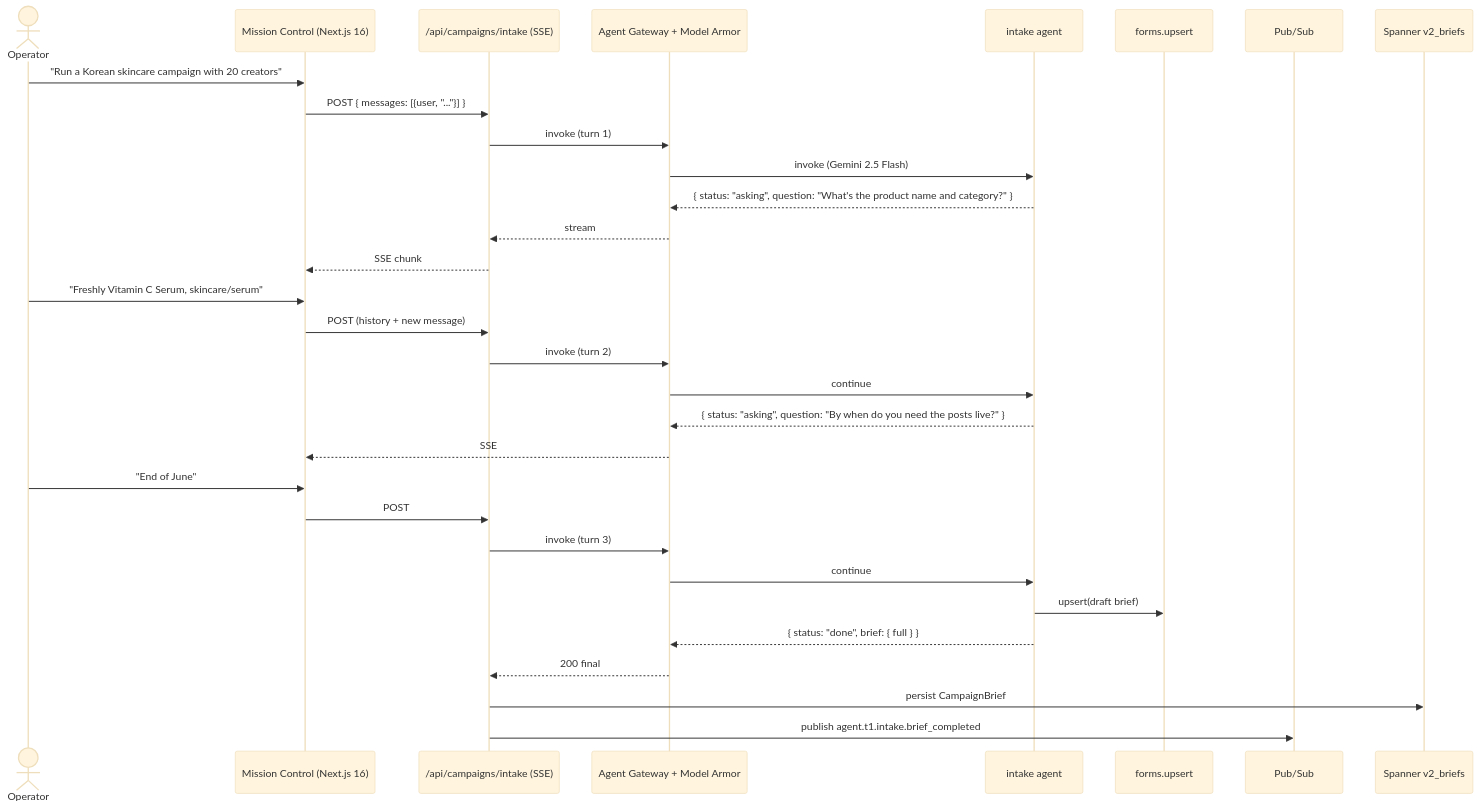
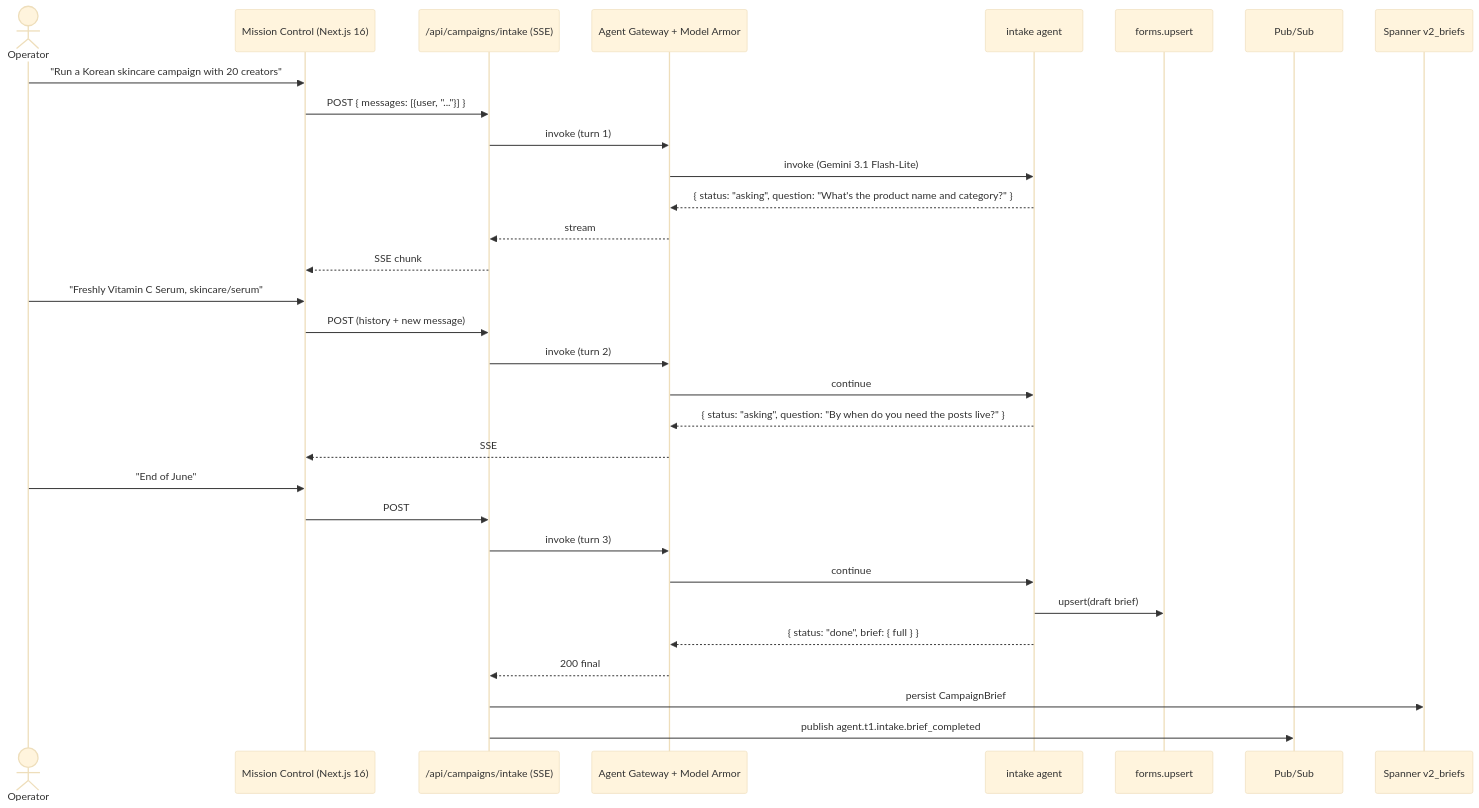
One commit to Two-Weeks-Team/social-seeding-v2-public changed the diagram in gcp-research/specs/tier1/intake.spec.md. Above: the diagram before and after it, drawn with Mermaid (base theme). The commit also changed other lines of this file and 30 other files, not shown here.

````diff
--- a/gcp-research/specs/tier1/intake.spec.md
+++ b/gcp-research/specs/tier1/intake.spec.md
@@ -131,34 +131,34 @@
 ```mermaid
 sequenceDiagram
   actor Op as Operator
   participant MC as Mission Control (Next.js 16)
   participant SR as /api/campaigns/intake (SSE)
   participant AG as Agent Gateway + Model Armor
   participant IT as intake agent
   participant FU as forms.upsert
   participant PS as Pub/Sub
   participant SP as Spanner v2_briefs
 
   Op->>MC: "Run a Korean skincare campaign with 20 creators"
   MC->>SR: POST { messages: [{user, "..."}] }
   SR->>AG: invoke (turn 1)
-  AG->>IT: invoke (Gemini 2.5 Flash)
+  AG->>IT: invoke (Gemini 3.1 Flash-Lite)
   IT-->>AG: { status: "asking", question: "What's the product name and category?" }
   AG-->>SR: stream
   SR-->>MC: SSE chunk
   Op->>MC: "Freshly Vitamin C Serum, skincare/serum"
   MC->>SR: POST (history + new message)
   SR->>AG: invoke (turn 2)
   AG->>IT: continue
   IT-->>AG: { status: "asking", question: "By when do you need the posts live?" }
   AG-->>MC: SSE
   Op->>MC: "End of June"
   MC->>SR: POST
   SR->>AG: invoke (turn 3)
   AG->>IT: continue
   IT->>FU: upsert(draft brief)
   IT-->>AG: { status: "done", brief: { full } }
   AG-->>SR: 200 final
   SR->>SP: persist CampaignBrief
   SR->>PS: publish agent.t1.intake.brief_completed
 ```
````
